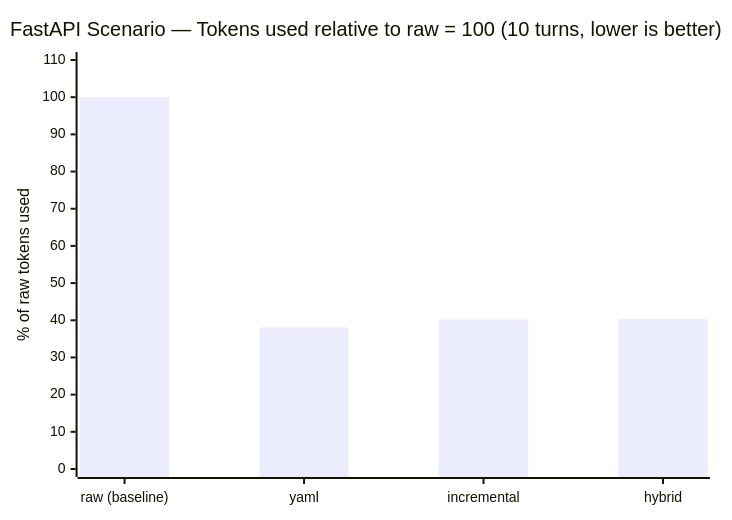
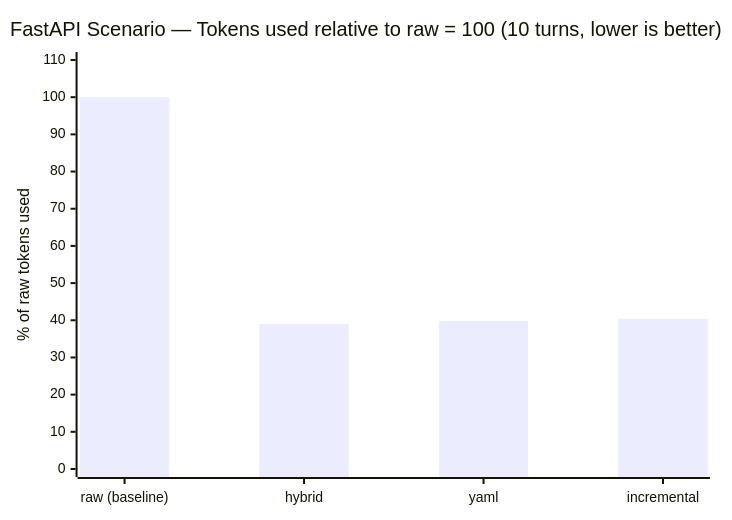
The second of 4 diagrams in README.md (gincarbone/shapeshifter), drawn with Mermaid before and after one commit. The commit also changed other lines of this file and 7 other files, not shown here.

````diff
--- a/README.md
+++ b/README.md
@@ -341,7 +341,7 @@
 ```mermaid
 xychart-beta
     title "FastAPI Scenario — Tokens used relative to raw = 100 (10 turns, lower is better)"
-    x-axis ["raw (baseline)", "yaml", "incremental", "hybrid"]
+    x-axis ["raw (baseline)", "hybrid", "yaml", "incremental"]
     y-axis "% of raw tokens used" 0 --> 110
-    bar [100, 38.1, 40.2, 40.3]
+    bar [100, 39.0, 39.8, 40.4]
 ```
````
